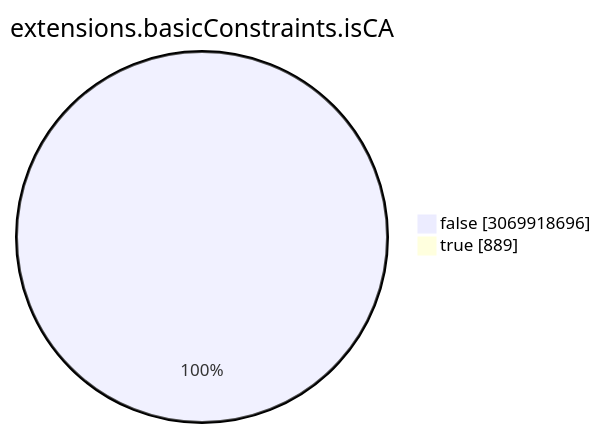
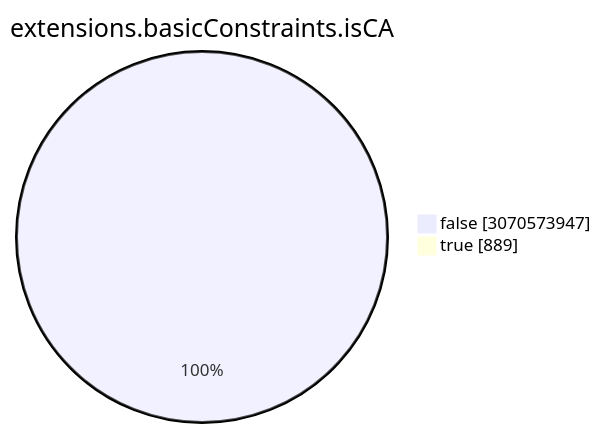
One commit to christiankrug/ctmonitor_visualization changed the seventh of 15 diagrams in TOTAL/README.md. Above: the diagram before and after it, drawn with Mermaid. The commit also changed other lines of this file, not shown here.

````diff
--- a/TOTAL/README.md
+++ b/TOTAL/README.md
@@ -3088,6 +3088,6 @@
 ```mermaid
 pie showData
 title extensions.basicConstraints.isCA
-"false" :3069918696
+"false" :3070573947
 "true" :889
 ```
````
